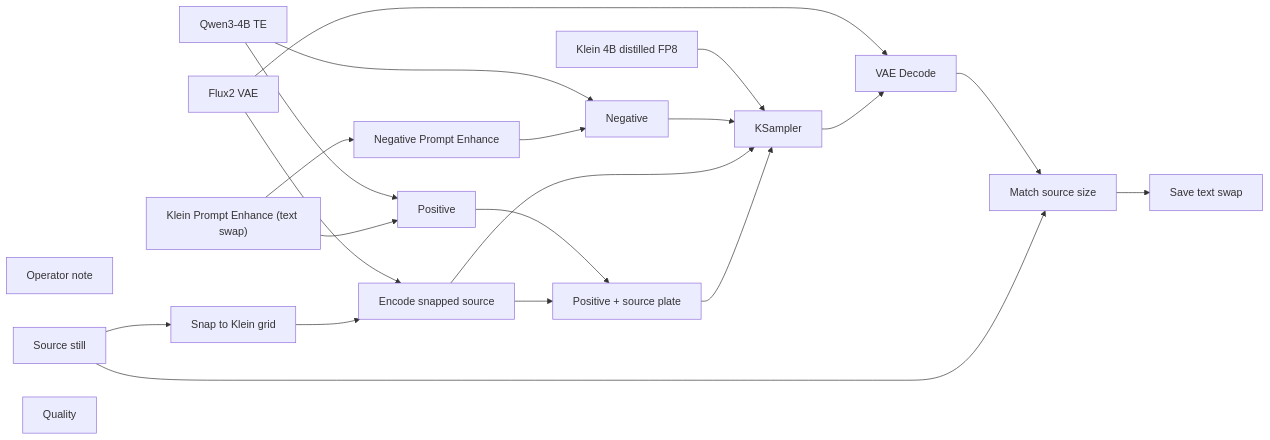
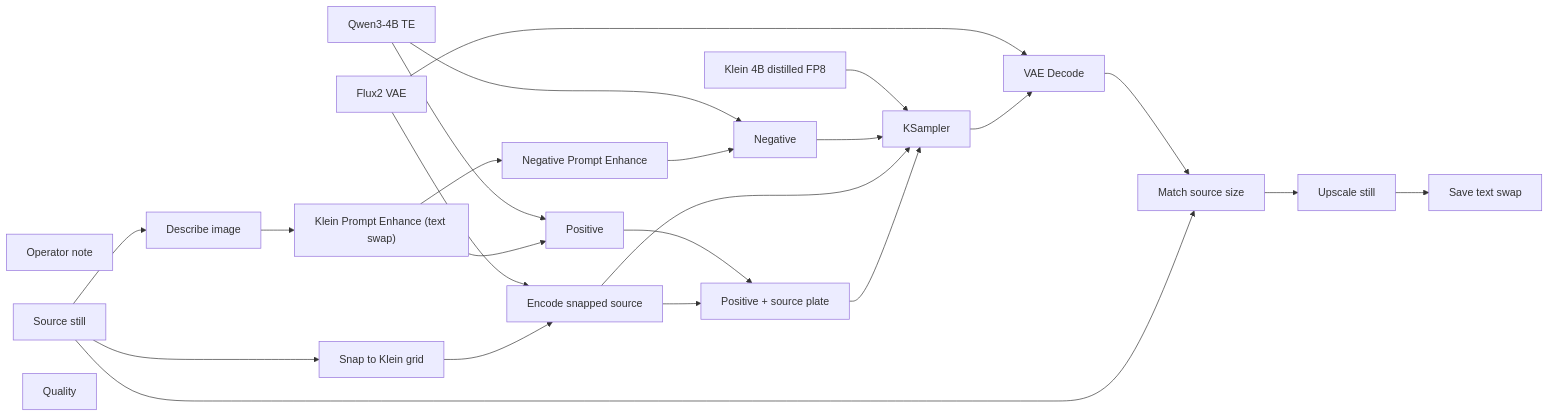
Before and after one commit to toxicoder/ez-comfy-stack: the diagram in docs/generated/workflows/stills/text-swap.md, drawn with Mermaid. The commit also changed other lines of this file and 405 other files, not shown here.

First line of the commit message:
feat: add still upscale, describe-in-enhance, and background-swap App

````diff
--- a/docs/generated/workflows/stills/text-swap.md
+++ b/docs/generated/workflows/stills/text-swap.md
@@ -50,39 +52,44 @@
 ```mermaid
 flowchart LR
   N1["Klein 4B distilled FP8"]
   N2["Qwen3-4B TE"]
   N3["Flux2 VAE"]
   N4["Positive"]
   N5["Negative"]
   N7["KSampler"]
   N8["VAE Decode"]
   N9["Save text swap"]
   N10["Operator note"]
   N11["Source still"]
   N12["Klein Prompt Enhance (text swap)"]
   N13["Negative Prompt Enhance"]
   N14["Quality"]
-  N15["Encode snapped source"]
-  N16["Positive + source plate"]
-  N17["Snap to Klein grid"]
-  N18["Match source size"]
+  N18["Encode snapped source"]
+  N19["Positive + source plate"]
+  N20["Snap to Klein grid"]
+  N21["Match source size"]
+  N22["Upscale still"]
+  N23["Describe image"]
   N1 --> N7
   N2 --> N4
   N2 --> N5
   N3 --> N8
-  N3 --> N15
-  N4 --> N16
+  N3 --> N18
+  N4 --> N19
   N5 --> N7
   N7 --> N8
-  N8 --> N18
-  N11 --> N17
-  N11 --> N18
+  N8 --> N21
+  N11 --> N20
+  N11 --> N21
+  N11 --> N23
   N12 --> N4
   N12 --> N13
   N13 --> N5
-  N15 --> N16
-  N15 --> N7
-  N16 --> N7
-  N17 --> N15
-  N18 --> N9
+  N18 --> N19
+  N18 --> N7
+  N19 --> N7
+  N20 --> N18
+  N21 --> N22
+  N22 --> N9
+  N23 --> N12
 ```
````
